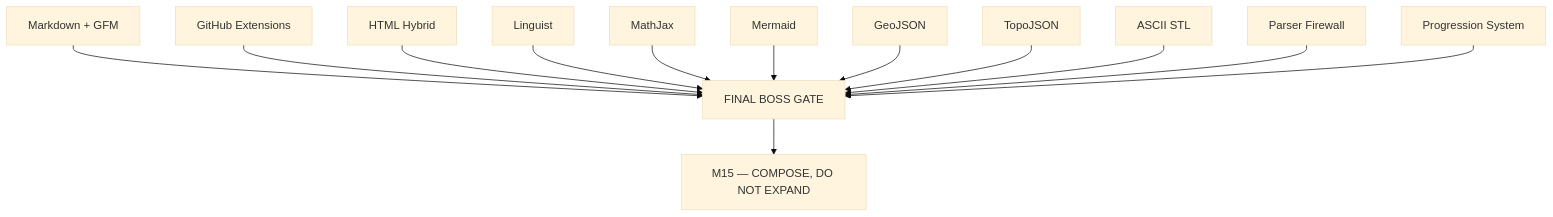
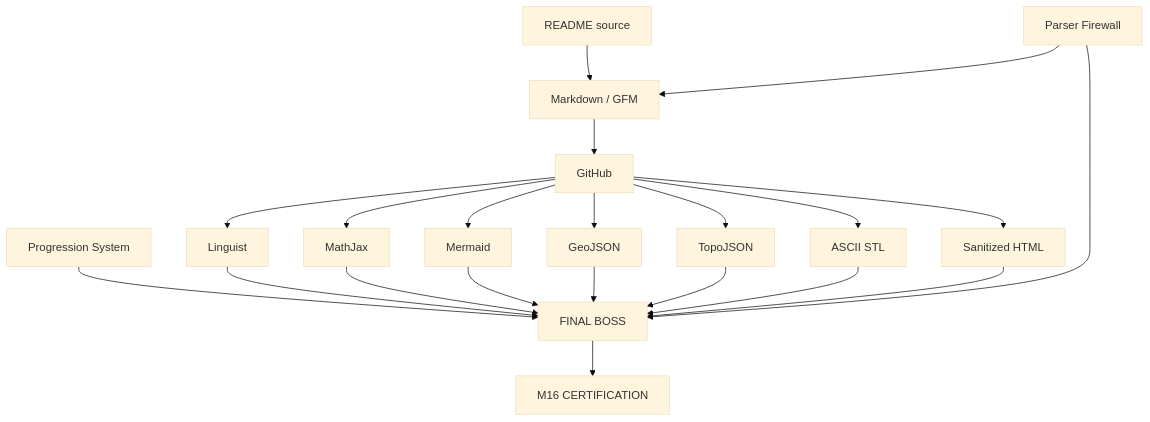
Before and after one commit to thiepn/markdown: the fifth of 5 diagrams in README.md, drawn with Mermaid (base theme). The commit also changed other lines of this file, not shown here.

Commit message:
M15: compose canonical Final Boss

````diff
--- a/README.md
+++ b/README.md
@@ -1081,28 +1094,27 @@
 ```mermaid
 flowchart TB
-    CORE[Markdown + GFM]
-    GH[GitHub Extensions]
-    HTML[HTML Hybrid]
-    CODE[Linguist]
-    MATH[MathJax]
-    MM[Mermaid]
-    GJ[GeoJSON]
-    TJ[TopoJSON]
-    STL[ASCII STL]
-    PARSER[Parser Firewall]
-    META[Progression System]
+    SRC[README source] --> MD[Markdown / GFM]
+    MD --> GH[GitHub]
 
-    CORE --> GATE[FINAL BOSS GATE]
-    GH --> GATE
-    HTML --> GATE
-    CODE --> GATE
-    MATH --> GATE
-    MM --> GATE
-    GJ --> GATE
-    TJ --> GATE
-    STL --> GATE
-    PARSER --> GATE
-    META --> GATE
+    GH --> CODE[Linguist]
+    GH --> MATH[MathJax]
+    GH --> MM[Mermaid]
+    GH --> GEO[GeoJSON]
+    GH --> TOPO[TopoJSON]
+    GH --> STL[ASCII STL]
+    GH --> HTML[Sanitized HTML]
 
-    GATE --> M15[M15 — COMPOSE, DO NOT EXPAND]
+    FIRE[Parser Firewall] --> MD
+    META[Progression System] --> BOSS[FINAL BOSS]
+
+    CODE --> BOSS
+    MATH --> BOSS
+    MM --> BOSS
+    GEO --> BOSS
+    TOPO --> BOSS
+    STL --> BOSS
+    HTML --> BOSS
+    FIRE --> BOSS
+
+    BOSS --> M16[M16 CERTIFICATION]
 ```
````
